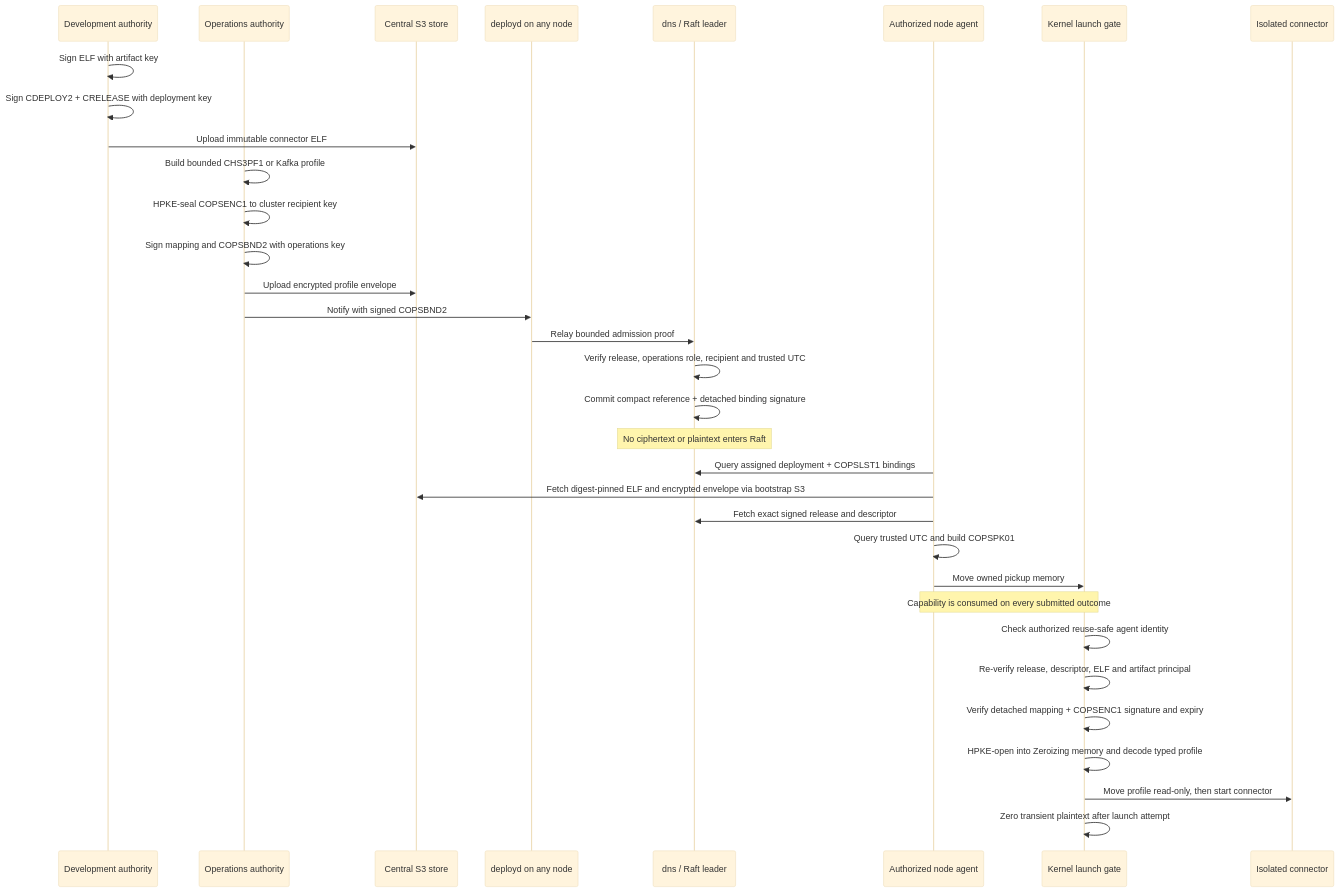
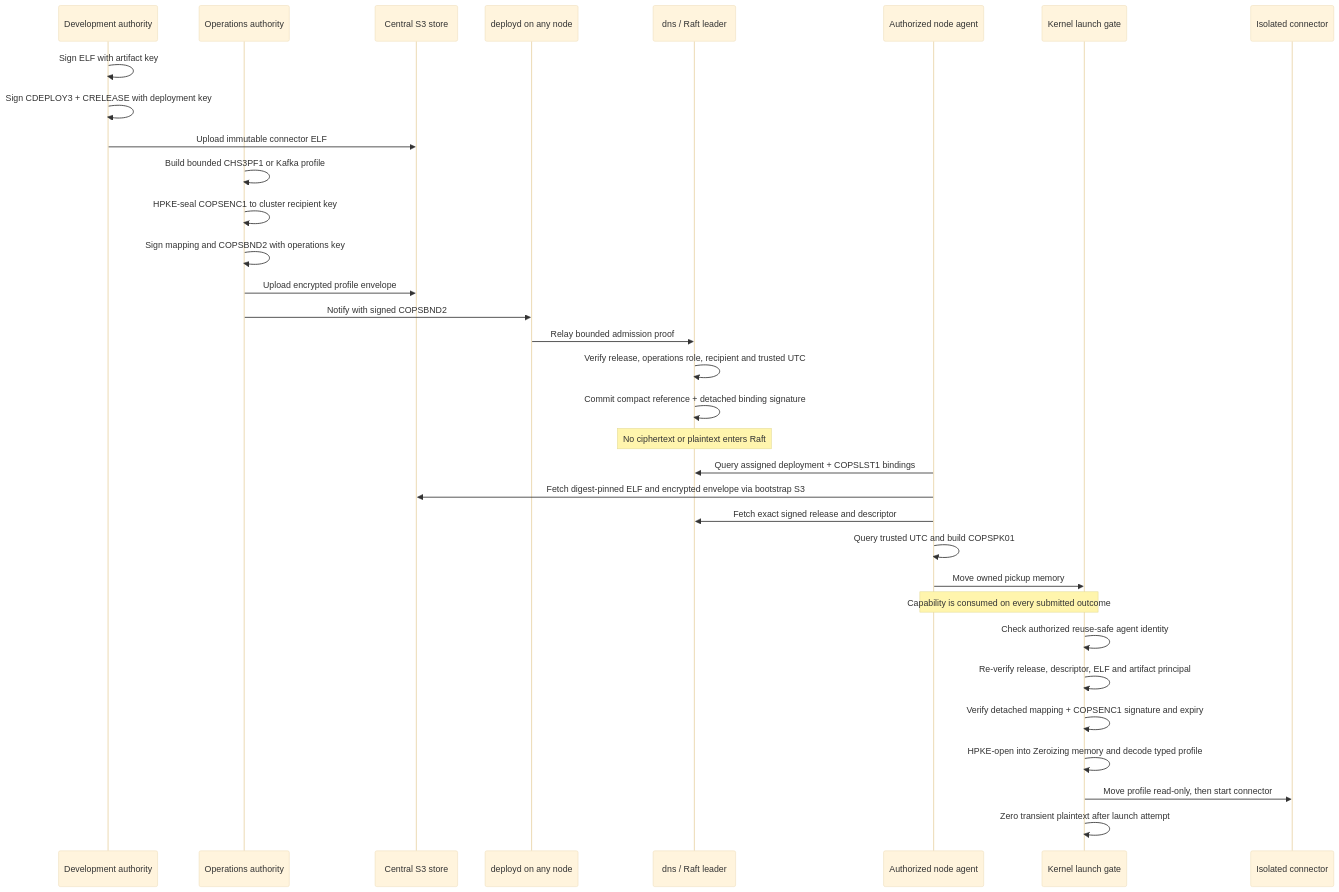
One commit to FrodeRanders/charlotte-os changed the ninth of 11 diagrams in docs/figures.md. Above: the diagram before and after it, drawn with Mermaid (base theme). The commit also changed other lines of this file and 28 other files, not shown here.

Commit message:
Sign and enforce deployment thread limits

````diff
--- a/docs/figures.md
+++ b/docs/figures.md
@@ -394,40 +394,40 @@
 ```mermaid
 sequenceDiagram
 participant DEV as Development authority
 participant OPS as Operations authority
 participant O as Central S3 store
 participant D as deployd on any node
 participant R as dns / Raft leader
 participant A as Authorized node agent
 participant K as Kernel launch gate
 participant C as Isolated connector
 
       DEV->>DEV: Sign ELF with artifact key
-      DEV->>DEV: Sign CDEPLOY2 + CRELEASE with deployment key
+      DEV->>DEV: Sign CDEPLOY3 + CRELEASE with deployment key
       DEV->>O: Upload immutable connector ELF
 
       OPS->>OPS: Build bounded CHS3PF1 or Kafka profile
       OPS->>OPS: HPKE-seal COPSENC1 to cluster recipient key
       OPS->>OPS: Sign mapping and COPSBND2 with operations key
       OPS->>O: Upload encrypted profile envelope
       OPS->>D: Notify with signed COPSBND2
 
       D->>R: Relay bounded admission proof
       R->>R: Verify release, operations role, recipient and trusted UTC
       R->>R: Commit compact reference + detached binding signature
       Note over R: No ciphertext or plaintext enters Raft
 
       A->>R: Query assigned deployment + COPSLST1 bindings
       A->>O: Fetch digest-pinned ELF and encrypted envelope via bootstrap S3
       A->>R: Fetch exact signed release and descriptor
       A->>A: Query trusted UTC and build COPSPK01
       A->>K: Move owned pickup memory
       Note over A,K: Capability is consumed on every submitted outcome
 
       K->>K: Check authorized reuse-safe agent identity
       K->>K: Re-verify release, descriptor, ELF and artifact principal
       K->>K: Verify detached mapping + COPSENC1 signature and expiry
       K->>K: HPKE-open into Zeroizing memory and decode typed profile
       K->>C: Move profile read-only, then start connector
       K->>K: Zero transient plaintext after launch attempt
 ```
````
